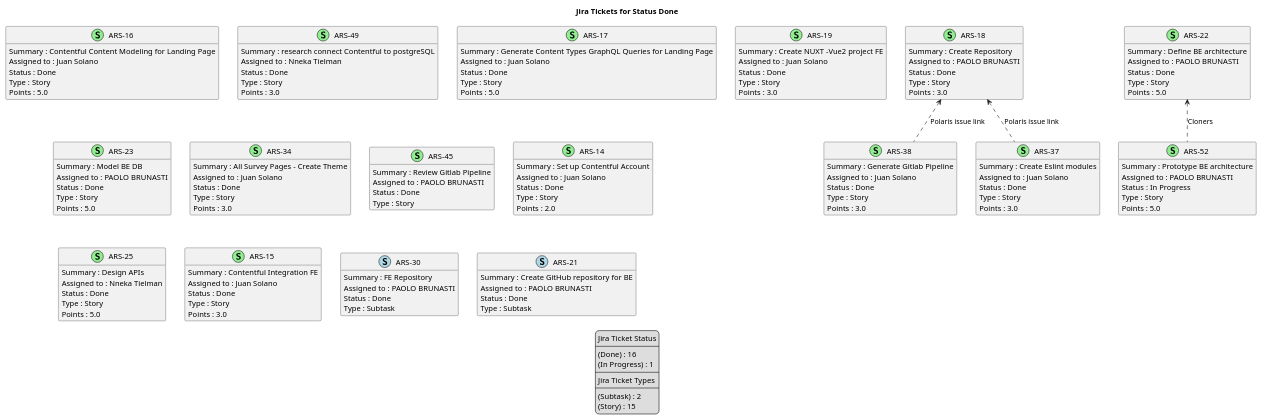
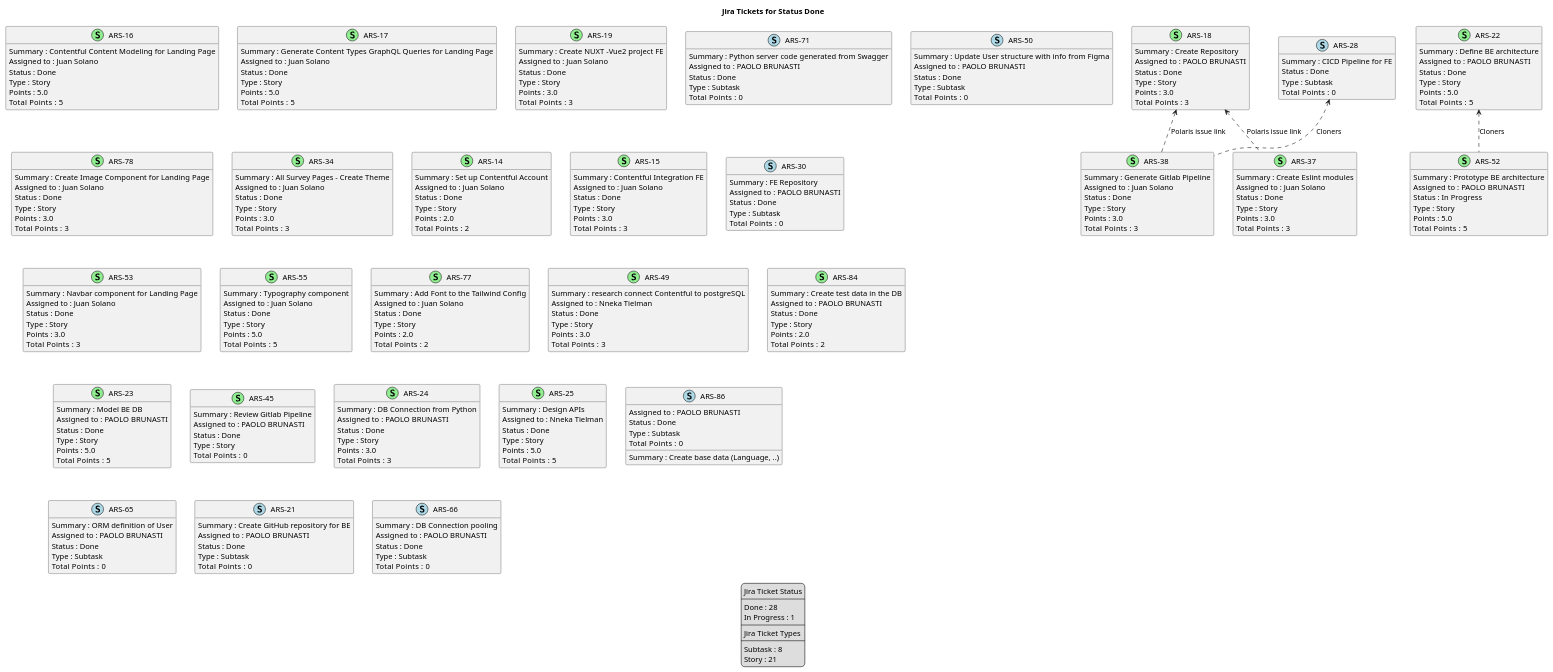
Before and after one commit to brunasti/jiraplotter: the diagram in docs/nexus/jira-Status-Done.puml, drawn with PlantUML. The commit also changed 22 other files, not shown here.

Commit message:
Computes total points in hierarchy

```diff
--- a/docs/nexus/jira-Status-Done.puml
+++ b/docs/nexus/jira-Status-Done.puml
@@ -2,7 +2,7 @@
 'https://plantuml.com/class-diagram
 
 ' GENERATE CLASS DIAGRAM ===========
-' Generated at    : Tue May 14 15:35:46 CEST 2024
+' Generated at    : Thu May 16 15:52:42 CEST 2024
 
 title Jira Tickets for Status Done
 hide empty members
@@ -10,148 +10,266 @@
 legend
 Jira Ticket Status
 ----
-(Done) : 16
-(In Progress) : 1
+Done : 28
+In Progress : 1
 ----
 Jira Ticket Types
 ----
-(Subtask) : 2
-(Story) : 15
+Subtask : 8
+Story : 21
 end legend
 
 
 ' Tickets =======
 class "ARS-16" << (S,lightgreen) >> {
-  Summary : Contentful Content Modeling for Landing Page
-  Assigned to : Juan Solano
-  Status : Done
-  Type : Story
-  Points : 5.0
+ Summary : Contentful Content Modeling for Landing Page
+ Assigned to : Juan Solano
+ Status : Done
+ Type : Story
+ Points : 5.0
+Total  Points : 5
 }
 
 class "ARS-38" << (S,lightgreen) >> {
-  Summary : Generate Gitlab Pipeline
-  Assigned to : Juan Solano
-  Status : Done
-  Type : Story
-  Points : 3.0
+ Summary : Generate Gitlab Pipeline
+ Assigned to : Juan Solano
+ Status : Done
+ Type : Story
+ Points : 3.0
+Total  Points : 3
+}
+
+class "ARS-17" << (S,lightgreen) >> {
+ Summary : Generate Content Types GraphQL Queries for Landing Page
+ Assigned to : Juan Solano
+ Status : Done
+ Type : Story
+ Points : 5.0
+Total  Points : 5
+}
+
+class "ARS-18" << (S,lightgreen) >> {
+ Summary : Create Repository
+ Assigned to : PAOLO BRUNASTI
+ Status : Done
+ Type : Story
+ Points : 3.0
+Total  Points : 3
+}
+
+class "ARS-19" << (S,lightgreen) >> {
+ Summary : Create NUXT -Vue2 project FE
+ Assigned to : Juan Solano
+ Status : Done
+ Type : Story
+ Points : 3.0
+Total  Points : 3
+}
+
+class "ARS-71" << (S,lightblue) >> {
+ Summary : Python server code generated from Swagger
+ Assigned to : PAOLO BRUNASTI
+ Status : Done
+ Type : Subtask
+Total  Points : 0
+}
+
+class "ARS-50" << (S,lightblue) >> {
+ Summary : Update User structure with info from Figma
+ Assigned to : PAOLO BRUNASTI
+ Status : Done
+ Type : Subtask
+Total  Points : 0
+}
+
+class "ARS-78" << (S,lightgreen) >> {
+ Summary : Create Image Component for Landing Page
+ Assigned to : Juan Solano
+ Status : Done
+ Type : Story
+ Points : 3.0
+Total  Points : 3
+}
+
+class "ARS-34" << (S,lightgreen) >> {
+ Summary : All Survey Pages - Create Theme
+ Assigned to : Juan Solano
+ Status : Done
+ Type : Story
+ Points : 3.0
+Total  Points : 3
+}
+
+class "ARS-14" << (S,lightgreen) >> {
+ Summary : Set up Contentful Account
+ Assigned to : Juan Solano
+ Status : Done
+ Type : Story
+ Points : 2.0
+Total  Points : 2
+}
+
+class "ARS-37" << (S,lightgreen) >> {
+ Summary : Create Eslint modules
+ Assigned to : Juan Solano
+ Status : Done
+ Type : Story
+ Points : 3.0
+Total  Points : 3
+}
+
+class "ARS-15" << (S,lightgreen) >> {
+ Summary : Contentful Integration FE
+ Assigned to : Juan Solano
+ Status : Done
+ Type : Story
+ Points : 3.0
+Total  Points : 3
+}
+
+class "ARS-52" << (S,lightgreen) >> {
+ Summary : Prototype BE architecture
+ Assigned to : PAOLO BRUNASTI
+ Status : In Progress
+ Type : Story
+ Points : 5.0
+Total  Points : 5
+}
+
+class "ARS-30" << (S,lightblue) >> {
+ Summary : FE Repository
+ Assigned to : PAOLO BRUNASTI
+ Status : Done
+ Type : Subtask
+Total  Points : 0
+}
+
+class "ARS-53" << (S,lightgreen) >> {
+ Summary : Navbar component for Landing Page
+ Assigned to : Juan Solano
+ Status : Done
+ Type : Story
+ Points : 3.0
+Total  Points : 3
+}
+
+class "ARS-55" << (S,lightgreen) >> {
+ Summary : Typography component
+ Assigned to : Juan Solano
+ Status : Done
+ Type : Story
+ Points : 5.0
+Total  Points : 5
+}
+
+class "ARS-77" << (S,lightgreen) >> {
+ Summary : Add Font to the Tailwind Config
+ Assigned to : Juan Solano
+ Status : Done
+ Type : Story
+ Points : 2.0
+Total  Points : 2
 }
 
 class "ARS-49" << (S,lightgreen) >> {
-  Summary : research connect Contentful to postgreSQL
-  Assigned to : Nneka Tielman
-  Status : Done
-  Type : Story
-  Points : 3.0
+ Summary : research connect Contentful to postgreSQL
+ Assigned to : Nneka Tielman
+ Status : Done
+ Type : Story
+ Points : 3.0
+Total  Points : 3
 }
 
-class "ARS-17" << (S,lightgreen) >> {
-  Summary : Generate Content Types GraphQL Queries for Landing Page
-  Assigned to : Juan Solano
-  Status : Done
-  Type : Story
-  Points : 5.0
+class "ARS-28" << (S,lightblue) >> {
+ Summary : CICD Pipeline for FE
+ Status : Done
+ Type : Subtask
+Total  Points : 0
 }
 
-class "ARS-18" << (S,lightgreen) >> {
-  Summary : Create Repository
-  Assigned to : PAOLO BRUNASTI
-  Status : Done
-  Type : Story
-  Points : 3.0
-}
-
-class "ARS-19" << (S,lightgreen) >> {
-  Summary : Create NUXT -Vue2 project FE
-  Assigned to : Juan Solano
-  Status : Done
-  Type : Story
-  Points : 3.0
+class "ARS-84" << (S,lightgreen) >> {
+ Summary : Create test data in the DB
+ Assigned to : PAOLO BRUNASTI
+ Status : Done
+ Type : Story
+ Points : 2.0
+Total  Points : 2
 }
 
 class "ARS-23" << (S,lightgreen) >> {
-  Summary : Model BE DB
-  Assigned to : PAOLO BRUNASTI
-  Status : Done
-  Type : Story
-  Points : 5.0
-}
-
-class "ARS-34" << (S,lightgreen) >> {
-  Summary : All Survey Pages - Create Theme
-  Assigned to : Juan Solano
-  Status : Done
-  Type : Story
-  Points : 3.0
+ Summary : Model BE DB
+ Assigned to : PAOLO BRUNASTI
+ Status : Done
+ Type : Story
+ Points : 5.0
+Total  Points : 5
 }
 
 class "ARS-45" << (S,lightgreen) >> {
-  Summary : Review Gitlab Pipeline
-  Assigned to : PAOLO BRUNASTI
-  Status : Done
-  Type : Story
+ Summary : Review Gitlab Pipeline
+ Assigned to : PAOLO BRUNASTI
+ Status : Done
+ Type : Story
+Total  Points : 0
 }
 
-class "ARS-14" << (S,lightgreen) >> {
-  Summary : Set up Contentful Account
-  Assigned to : Juan Solano
-  Status : Done
-  Type : Story
-  Points : 2.0
+class "ARS-24" << (S,lightgreen) >> {
+ Summary : DB Connection from Python
+ Assigned to : PAOLO BRUNASTI
+ Status : Done
+ Type : Story
+ Points : 3.0
+Total  Points : 3
 }
 
 class "ARS-25" << (S,lightgreen) >> {
-  Summary : Design APIs
-  Assigned to : Nneka Tielman
-  Status : Done
-  Type : Story
-  Points : 5.0
+ Summary : Design APIs
+ Assigned to : Nneka Tielman
+ Status : Done
+ Type : Story
+ Points : 5.0
+Total  Points : 5
 }
 
-class "ARS-37" << (S,lightgreen) >> {
-  Summary : Create Eslint modules
-  Assigned to : Juan Solano
-  Status : Done
-  Type : Story
-  Points : 3.0
+class "ARS-86" << (S,lightblue) >> {
+ Summary : Create base data (Language, ..)
+ Assigned to : PAOLO BRUNASTI
+ Status : Done
+ Type : Subtask
+Total  Points : 0
 }
 
-class "ARS-15" << (S,lightgreen) >> {
-  Summary : Contentful Integration FE
-  Assigned to : Juan Solano
-  Status : Done
-  Type : Story
-  Points : 3.0
-}
-
-class "ARS-52" << (S,lightgreen) >> {
-  Summary : Prototype BE architecture
-  Assigned to : PAOLO BRUNASTI
-  Status : In Progress
-  Type : Story
-  Points : 5.0
-}
-
-class "ARS-30" << (S,lightblue) >> {
-  Summary : FE Repository
-  Assigned to : PAOLO BRUNASTI
-  Status : Done
-  Type : Subtask
+class "ARS-65" << (S,lightblue) >> {
+ Summary : ORM definition of User
+ Assigned to : PAOLO BRUNASTI
+ Status : Done
+ Type : Subtask
+Total  Points : 0
 }
 
 class "ARS-21" << (S,lightblue) >> {
-  Summary : Create GitHub repository for BE
-  Assigned to : PAOLO BRUNASTI
-  Status : Done
-  Type : Subtask
+ Summary : Create GitHub repository for BE
+ Assigned to : PAOLO BRUNASTI
+ Status : Done
+ Type : Subtask
+Total  Points : 0
+}
+
+class "ARS-66" << (S,lightblue) >> {
+ Summary : DB Connection pooling
+ Assigned to : PAOLO BRUNASTI
+ Status : Done
+ Type : Subtask
+Total  Points : 0
 }
 
 class "ARS-22" << (S,lightgreen) >> {
-  Summary : Define BE architecture
-  Assigned to : PAOLO BRUNASTI
-  Status : Done
-  Type : Story
-  Points : 5.0
+ Summary : Define BE architecture
+ Assigned to : PAOLO BRUNASTI
+ Status : Done
+ Type : Story
+ Points : 5.0
+Total  Points : 5
 }
 
 
@@ -159,6 +277,7 @@
 ' Links =======
 "ARS-18" <.. "ARS-37" : Polaris issue link
 "ARS-18" <.. "ARS-38" : Polaris issue link
+"ARS-28" <.. "ARS-38" : Cloners
 "ARS-22" <.. "ARS-52" : Cloners
 
 
```
